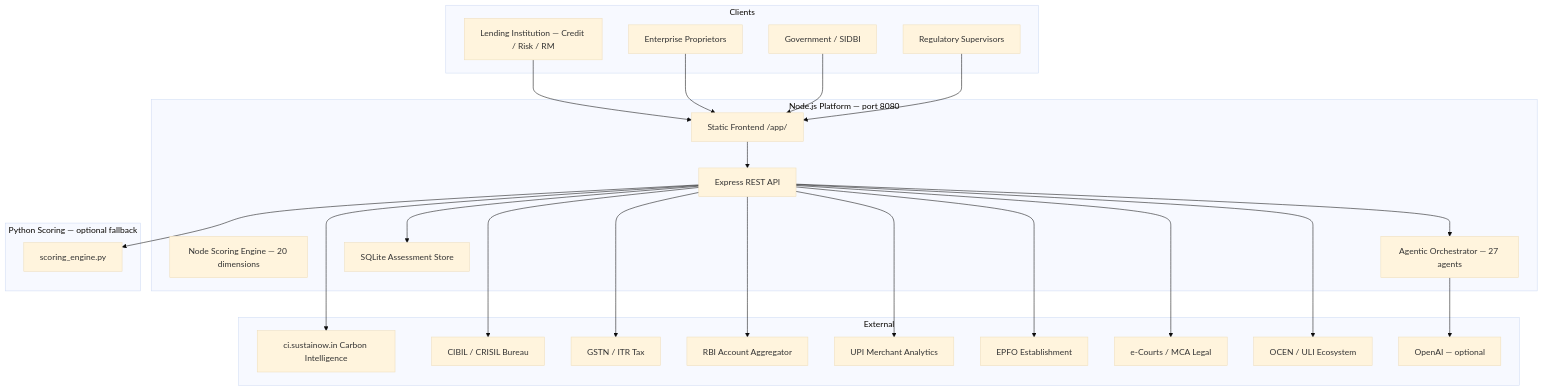
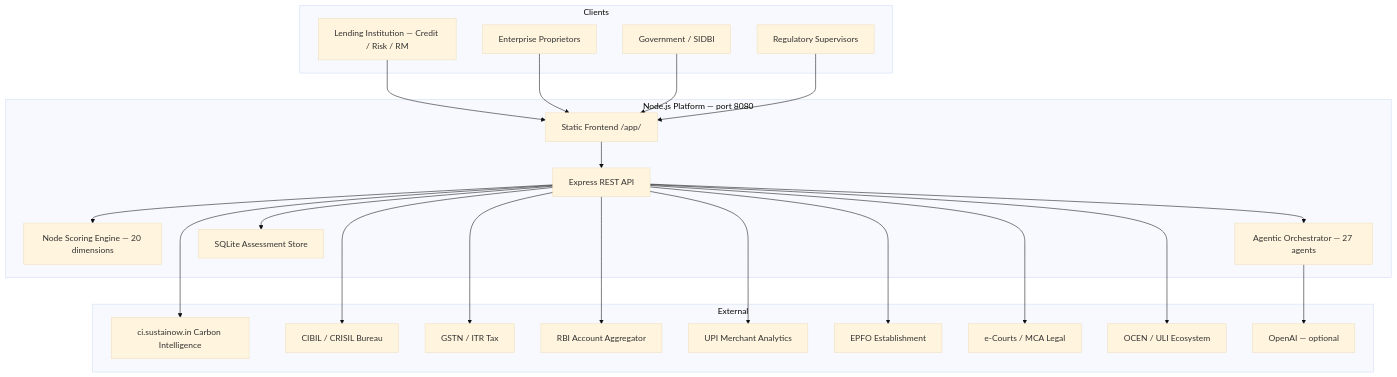
The first of 4 diagrams in docs/ARCHITECTURE.md (carbonintelli/FinancialHealthScore), drawn with Mermaid (base theme) before and after one commit. The commit also changed other lines of this file and 4 other files, not shown here.

````diff
--- a/docs/ARCHITECTURE.md
+++ b/docs/ARCHITECTURE.md
@@ -11,42 +11,38 @@
 ```mermaid
 flowchart TB
     subgraph Clients
         BANK[Lending Institution — Credit / Risk / RM]
         MSME[Enterprise Proprietors]
         GOVT[Government / SIDBI]
         REG[Regulatory Supervisors]
     end
 
     subgraph Node[Node.js Platform — port 8080]
         WEB[Express REST API]
         SCORE[Node Scoring Engine — 20 dimensions]
         AGENTS[Agentic Orchestrator — 27 agents]
         STORE[SQLite Assessment Store]
         FE[Static Frontend /app/]
     end
 
-    subgraph Python[Python Scoring — optional fallback]
-        SE[scoring_engine.py]
-    end
-
     subgraph External
         CI[ci.sustainow.in Carbon Intelligence]
         BU[CIBIL / CRISIL Bureau]
         TX[GSTN / ITR Tax]
         AA[RBI Account Aggregator]
         UPI[UPI Merchant Analytics]
         EPFO[EPFO Establishment]
         LG[e-Courts / MCA Legal]
         OCEN[OCEN / ULI Ecosystem]
         OAI[OpenAI — optional]
     end
 
     BANK & MSME & GOVT & REG --> FE
     FE --> WEB
+    WEB --> SCORE
     WEB --> AGENTS
-    WEB --> SE
     AGENTS --> OAI
     WEB --> BU & TX & AA & UPI & EPFO & LG & CI
     WEB --> OCEN
     WEB --> STORE
 ```
````
